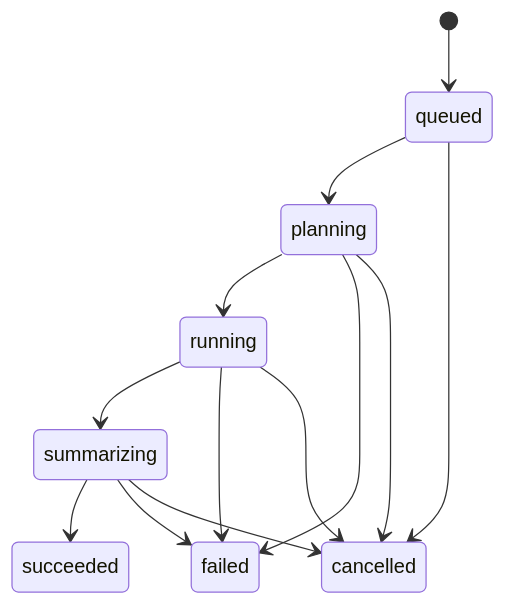
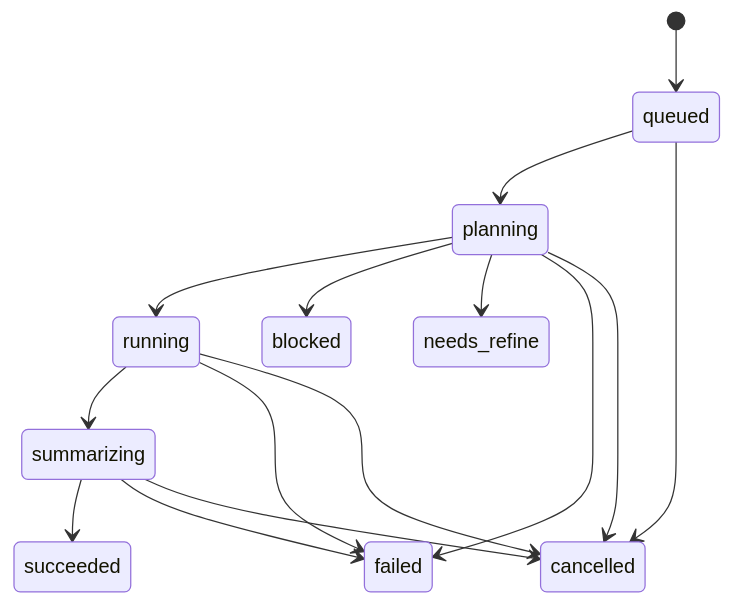
Before and after one commit to hshgogogo/SugarBoard: the sixth of 6 diagrams in architecture.md, drawn with Mermaid. The commit also changed other lines of this file and 1 other file, not shown here.

Commit message:
Align SSBoard architecture contract with finalized spec

````diff
--- a/architecture.md
+++ b/architecture.md
@@ -435,15 +446,17 @@
 ```mermaid
 stateDiagram-v2
     [*] --> queued
     queued --> planning
     queued --> cancelled
     planning --> running
+    planning --> blocked
+    planning --> needs_refine
     planning --> failed
     planning --> cancelled
     running --> summarizing
     running --> failed
     running --> cancelled
     summarizing --> succeeded
     summarizing --> failed
     summarizing --> cancelled
 ```
````
